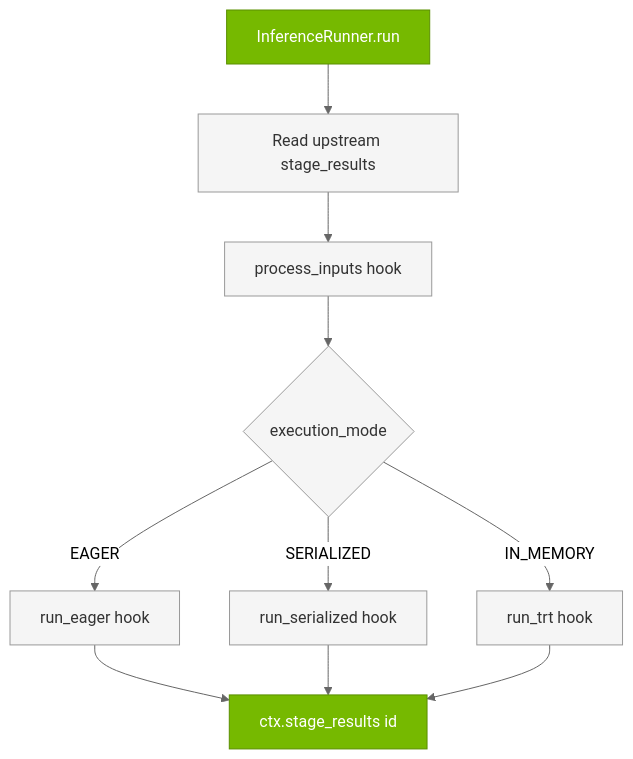
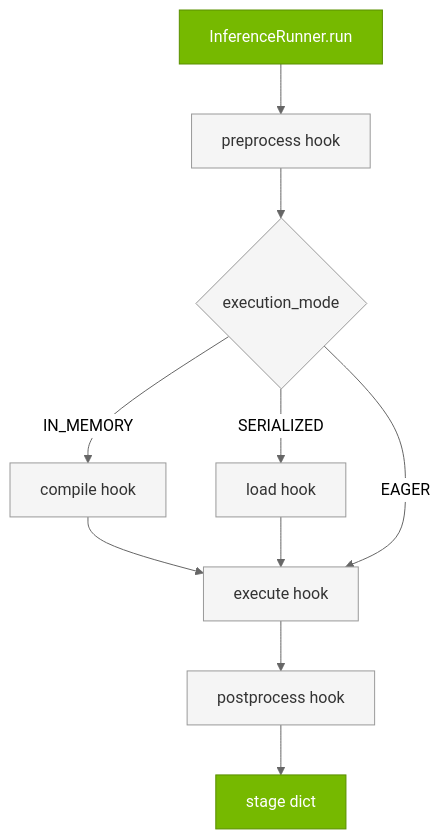
Before and after one commit to micwill755/TRT-VLA-Lowering: the second of 2 diagrams in docs/source/developer_guide/architecture/runners.rst, drawn with Mermaid. The commit also changed other lines of this file and 98 other files, not shown here.

```diff
--- a/docs/source/developer_guide/architecture/runners.rst
+++ b/docs/source/developer_guide/architecture/runners.rst
@@ -55,26 +57,24 @@
 .. mermaid::
 
    %%{init: {'theme':'neutral', 'themeVariables': {'primaryColor':'#76B900','primaryTextColor':'#fff','primaryBorderColor':'#5a8f00','lineColor':'#666','edgeLabelBackground':'#ffffff','labelTextColor':'#000','clusterBkg':'#ffffff','clusterBorder':'#999'}}}%%
    graph TB
        START[InferenceRunner.run]
-       UP[Read upstream stage_results]
-       GLUE[process_inputs hook]
+       PRE[preprocess hook]
        MODE{execution_mode}
-       EAGER[run_eager hook]
-       SER[run_serialized hook]
-       TRT[run_trt hook]
-       STORE[ctx.stage_results id]
+       COMP[compile hook]
+       LOAD[load hook]
+       EXEC[execute hook]
+       POST[postprocess hook]
+       RESULT[stage dict]
 
-       START --> UP --> GLUE --> MODE
-       MODE -->|EAGER| EAGER
-       MODE -->|SERIALIZED| SER
-       MODE -->|IN_MEMORY| TRT
-       EAGER --> STORE
-       SER --> STORE
-       TRT --> STORE
+       START --> PRE --> MODE
+       MODE -->|IN_MEMORY| COMP --> EXEC
+       MODE -->|SERIALIZED| LOAD --> EXEC
+       MODE -->|EAGER| EXEC
+       EXEC --> POST --> RESULT
 
        classDef nvNode fill:#76B900,stroke:#5a8f00,stroke-width:1px,color:#fff
        classDef greyNode fill:#f5f5f5,stroke:#999,stroke-width:1px,color:#333
 
-       class START,STORE nvNode
-       class UP,GLUE,MODE,EAGER,SER,TRT greyNode
+       class START,RESULT nvNode
+       class PRE,MODE,COMP,LOAD,EXEC,POST greyNode
```
